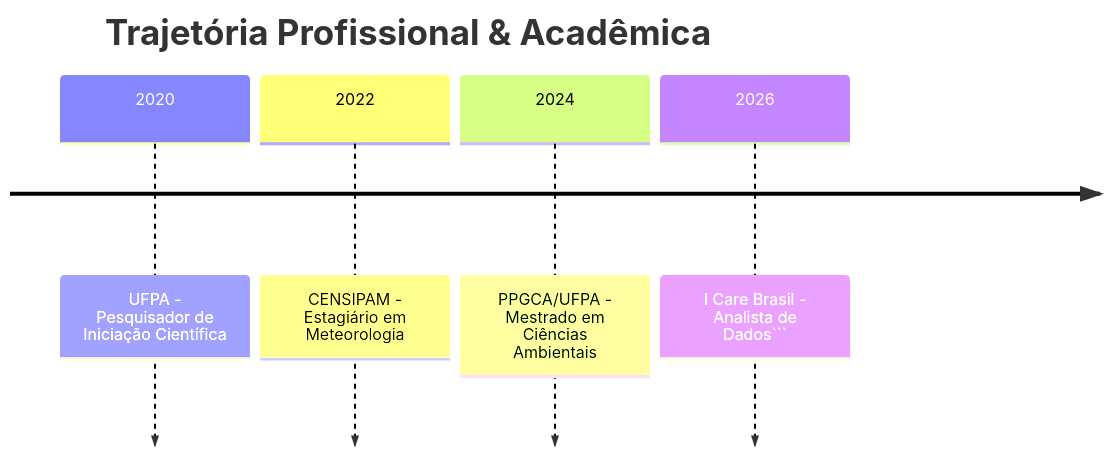
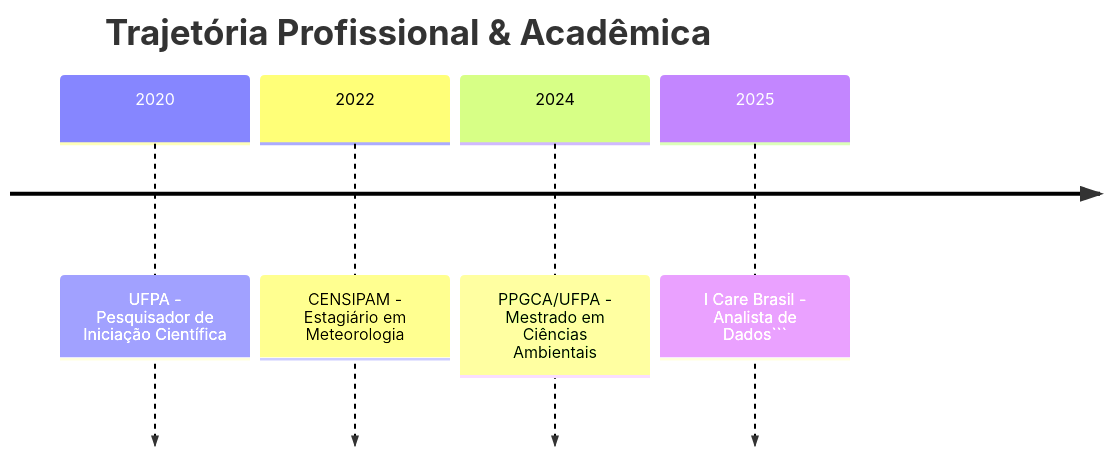
One commit to lukaasos/lukaasos changed the diagram in README.md. Above: the diagram before and after it, drawn with Mermaid. The commit also changed other lines of this file, not shown here.

````diff
--- a/README.md
+++ b/README.md
@@ -86,8 +86,8 @@
 ```mermaid
 timeline
     title Trajetória Profissional & Acadêmica
     2020 : UFPA - Pesquisador de Iniciação Científica
     2022 : CENSIPAM - Estagiário em Meteorologia
     2024 : PPGCA/UFPA - Mestrado em Ciências Ambientais
-    2026 : I Care Brasil - Analista de Dados```
+    2025 : I Care Brasil - Analista de Dados```
 ```
````
